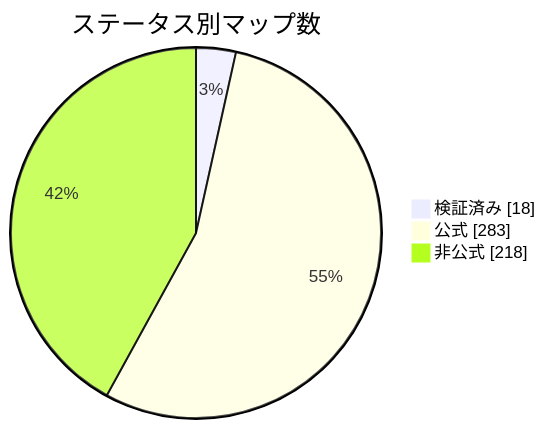
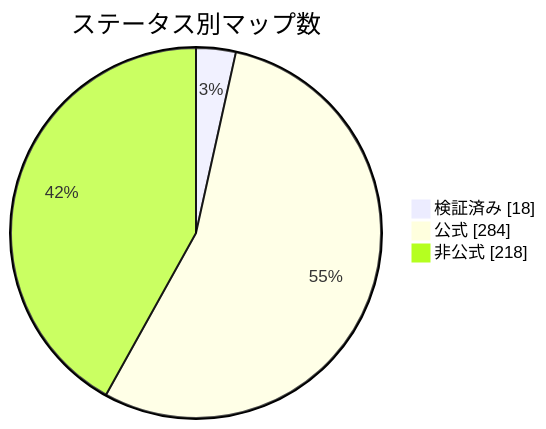
One commit to nobrega8/mbmap-library changed the diagram in docs/readme/README_JP.md. Above: the diagram before and after it, drawn with Mermaid. The commit also changed other lines of this file and 5 other files, not shown here.

````diff
--- a/docs/readme/README_JP.md
+++ b/docs/readme/README_JP.md
@@ -54,7 +54,7 @@
 ```mermaid
 pie showData
     title ステータス別マップ数
     "検証済み" : 18
-    "公式" : 283
+    "公式" : 284
     "非公式" : 218
 ```
````
